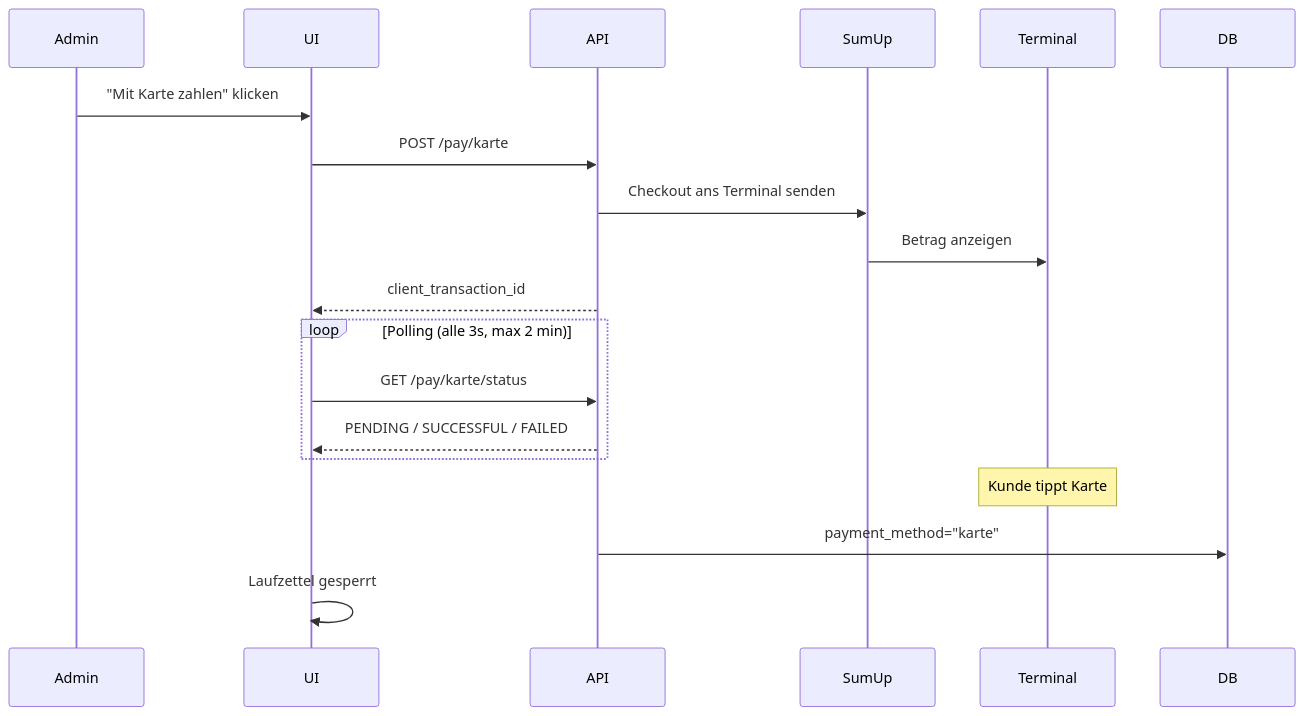
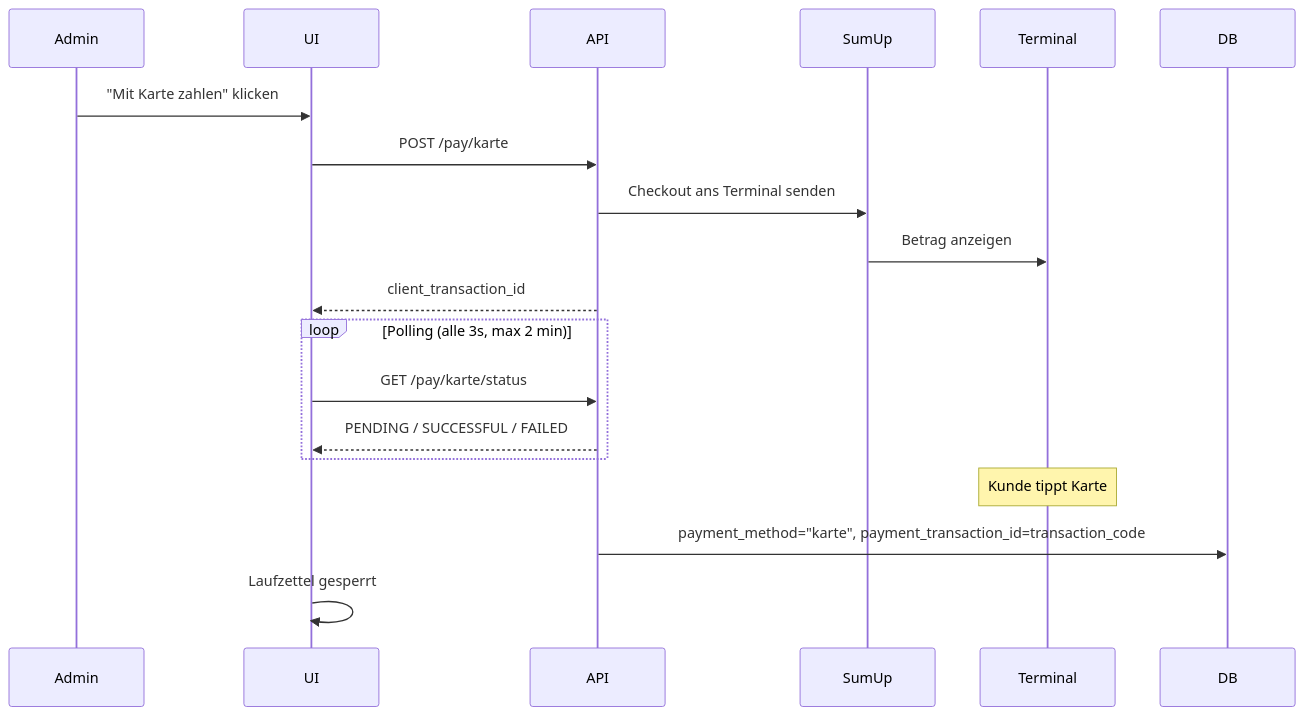
The first of 2 diagrams in docs/13-payments.de.md (AlexErlewein/MakerPi_GroundControl), drawn with Mermaid before and after one commit. The commit also changed other lines of this file and 2 other files, not shown here.

````diff
--- a/docs/13-payments.de.md
+++ b/docs/13-payments.de.md
@@ -60,23 +61,23 @@
 ```mermaid
 sequenceDiagram
     participant Admin
     participant UI
     participant API
     participant SumUp
     participant Terminal
 
     Admin->>UI: "Mit Karte zahlen" klicken
     UI->>API: POST /pay/karte
     API->>SumUp: Checkout ans Terminal senden
     SumUp->>Terminal: Betrag anzeigen
     API-->>UI: client_transaction_id
 
     loop Polling (alle 3s, max 2 min)
         UI->>API: GET /pay/karte/status
         API-->>UI: PENDING / SUCCESSFUL / FAILED
     end
 
     Note over Terminal: Kunde tippt Karte
-    API->>DB: payment_method="karte"
+    API->>DB: payment_method="karte", payment_transaction_id=transaction_code
     UI->>UI: Laufzettel gesperrt
 ```
````
